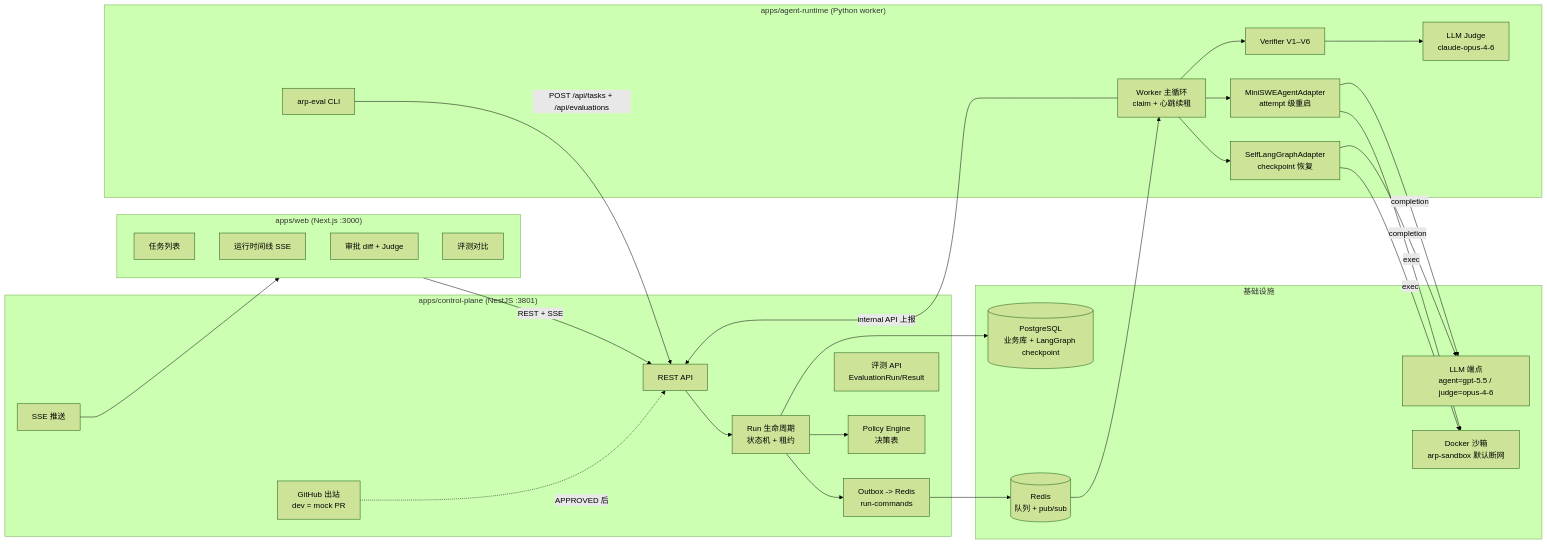
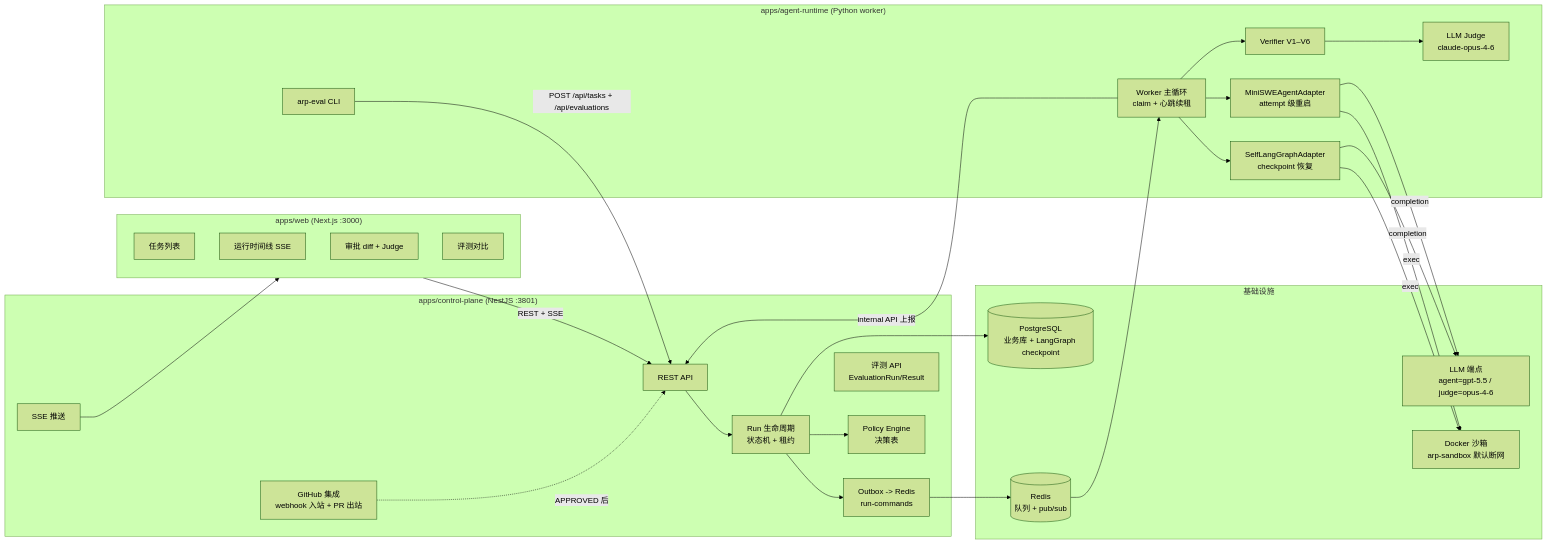
The first of 3 diagrams in docs/architecture.md (Endorphin20/agent-reliability-platform), drawn with Mermaid (forest theme) before and after one commit. The commit also changed other lines of this file and 19 other files, not shown here.

First line of the commit message:
feat: 真实 GitHub CI 闭环 + GitHub Actions CI + 恢复时序集成测试

````diff
--- a/docs/architecture.md
+++ b/docs/architecture.md
@@ -5,49 +5,49 @@
 ```mermaid
 flowchart LR
     subgraph 前端["apps/web (Next.js :3000)"]
         UI1[任务列表]
         UI2[运行时间线 SSE]
         UI3[审批 diff + Judge]
         UI4[评测对比]
     end
 
     subgraph 控制面["apps/control-plane (NestJS :3801)"]
         API[REST API]
         LIFE[Run 生命周期<br/>状态机 + 租约]
         POLICY[Policy Engine<br/>决策表]
         OUTBOX[Outbox -> Redis<br/>run-commands]
         SSE[SSE 推送]
         EVAL[评测 API<br/>EvaluationRun/Result]
-        GH[GitHub 出站<br/>dev = mock PR]
+        GH[GitHub 集成<br/>webhook 入站 + PR 出站]
     end
 
     subgraph 执行面["apps/agent-runtime (Python worker)"]
         WORKER[Worker 主循环<br/>claim + 心跳续租]
         ADP1[SelfLangGraphAdapter<br/>checkpoint 恢复]
         ADP2[MiniSWEAgentAdapter<br/>attempt 级重启]
         VER[Verifier V1–V6]
         JUDGE[LLM Judge<br/>claude-opus-4-6]
         EVALCLI[arp-eval CLI]
     end
 
     subgraph 基础设施
         PG[(PostgreSQL<br/>业务库 + LangGraph checkpoint)]
         RD[(Redis<br/>队列 + pub/sub)]
         DK[Docker 沙箱<br/>arp-sandbox 默认断网]
         LLM[LLM 端点<br/>agent=gpt-5.5 / judge=opus-4-6]
     end
 
     前端 -->|REST + SSE| API
     API --> LIFE --> OUTBOX --> RD
     LIFE --> POLICY
     RD --> WORKER
     WORKER --> ADP1 & ADP2
     ADP1 & ADP2 -->|exec| DK
     ADP1 & ADP2 -->|completion| LLM
     WORKER --> VER --> JUDGE
     WORKER -->|internal API 上报| API
     LIFE --> PG
     SSE --> 前端
     EVALCLI -->|POST /api/tasks + /api/evaluations| API
     GH -.->|APPROVED 后| API
 ```
````
